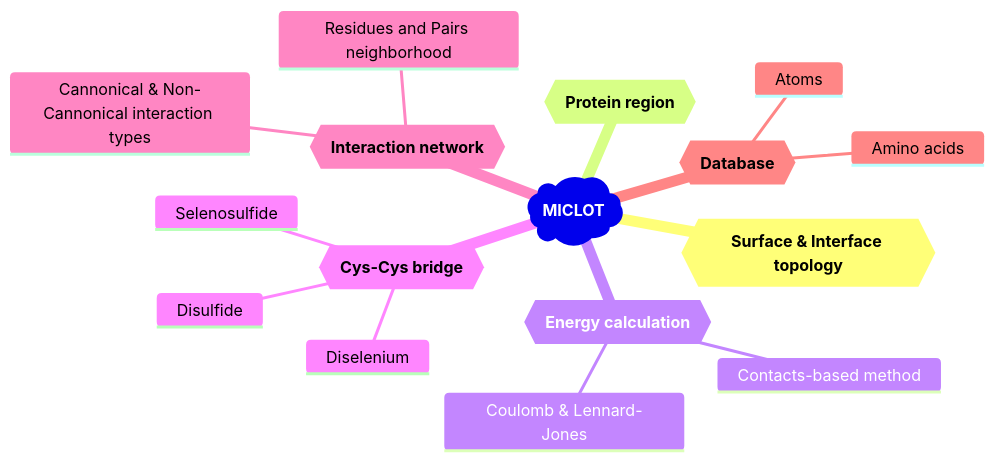
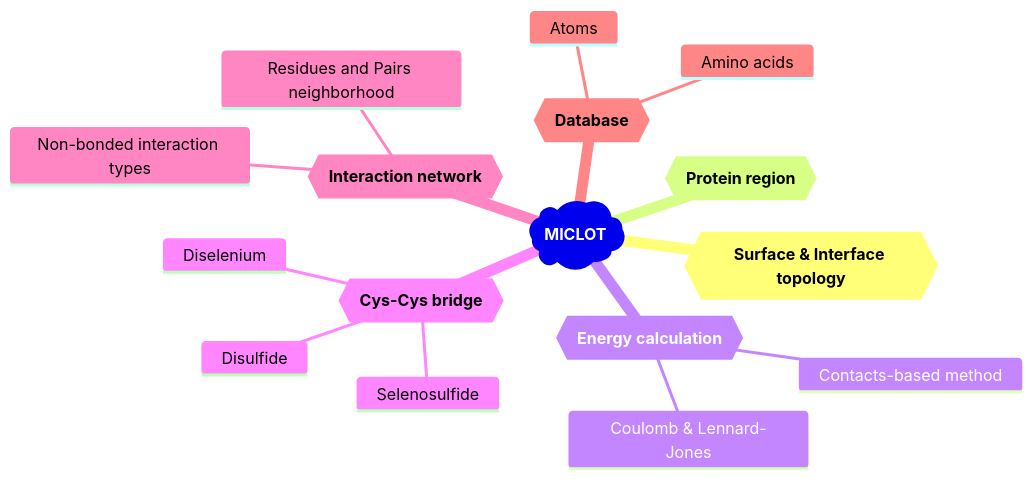
One commit to TMiclot/MICLOT changed the diagram in README.md. Above: the diagram before and after it, drawn with Mermaid. The commit also changed 32 other files, not shown here.

````diff
--- a/README.md
+++ b/README.md
@@ -22,19 +22,19 @@
 ```mermaid
 mindmap
     root)**MICLOT**(
         id{{**Surface & Interface topology**}}
         id{{**Protein region**}}
         id{{**Energy calculation**}}
             Contacts-based method
             Coulomb & Lennard-Jones
         id{{**Cys-Cys bridge**}}
             Disulfide
             Diselenium
             Selenosulfide
         id{{**Interaction network**}}
-            Cannonical & Non-Cannonical interaction types
+            Non-bonded interaction types
             Residues and Pairs neighborhood
         id{{**Database**}}
             Amino acids
             Atoms
 ```
````
